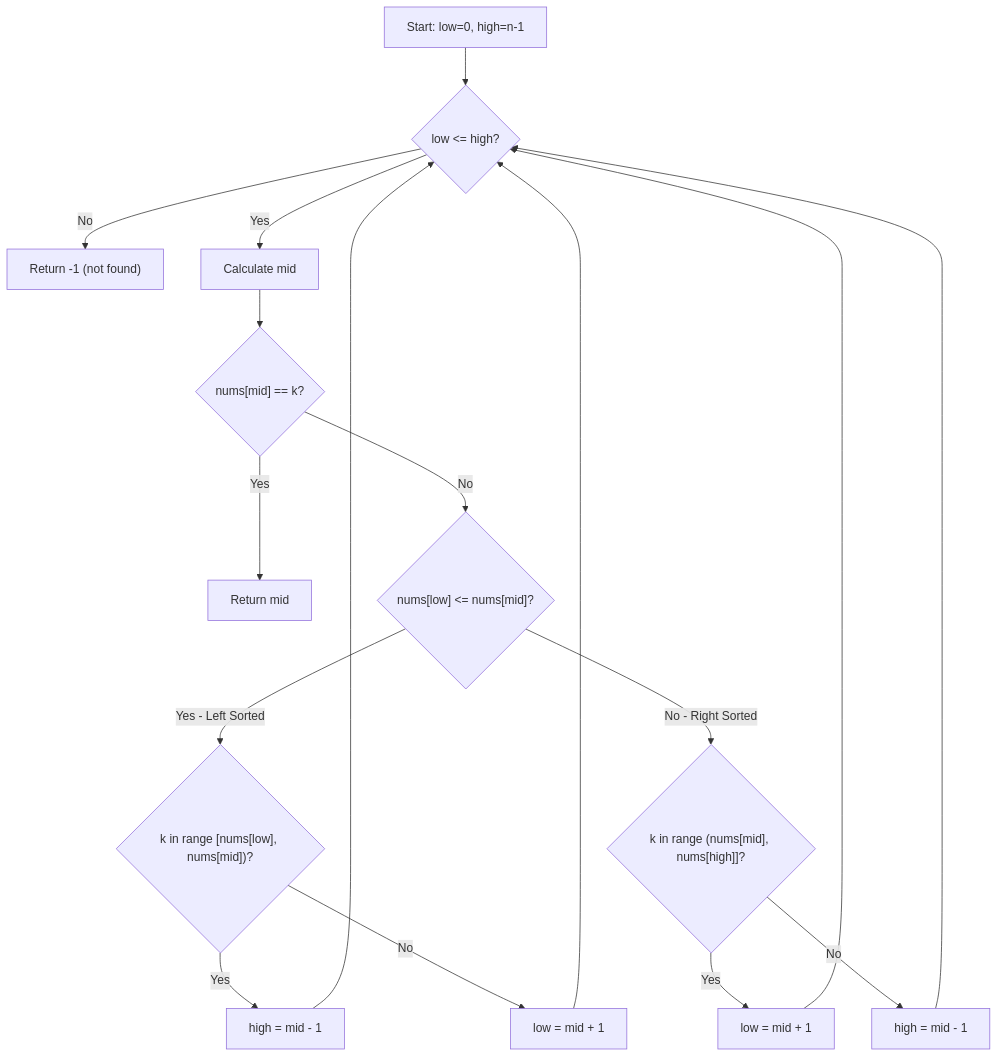
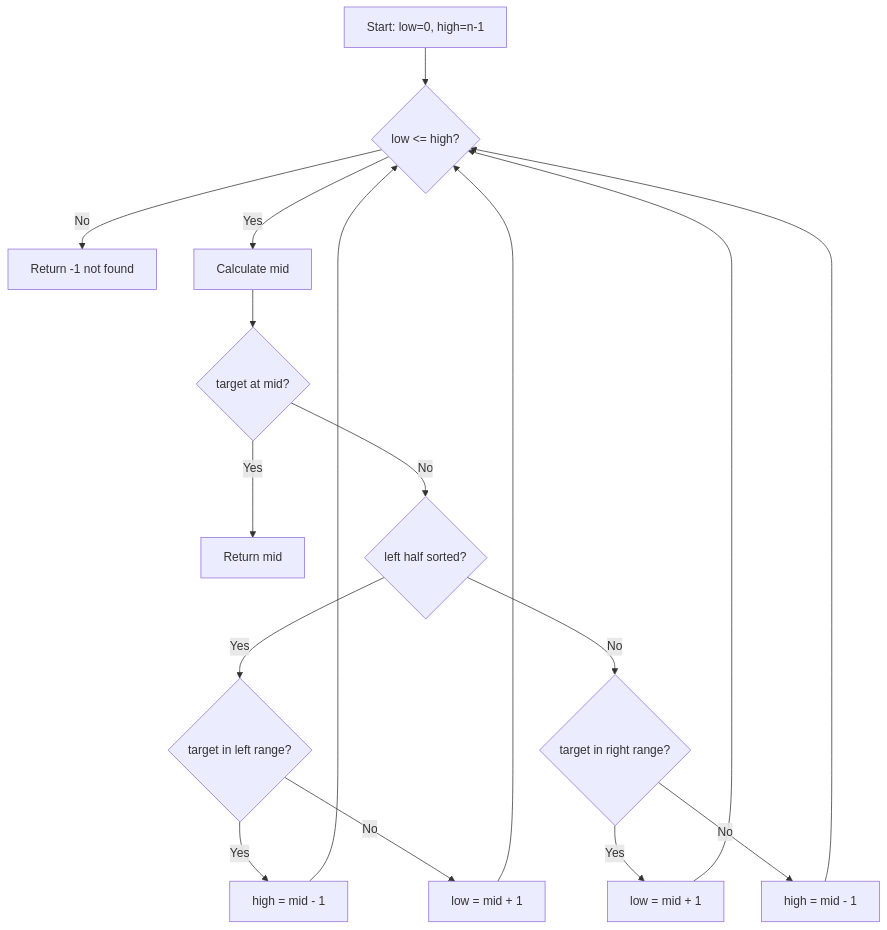
Diagram 11 of 14 in dsa/Advanced/04-Binary search/02-logic-building/logic-building-1.md (pentoshi007/tuf), drawn with Mermaid before and after one commit. The commit also changed other lines of this file and 1 other file, not shown here.

First line of the commit message:
Fix Mermaid diagram syntax for GitHub compatibility

````diff
--- a/dsa/Advanced/04-Binary search/02-logic-building/logic-building-1.md
+++ b/dsa/Advanced/04-Binary search/02-logic-building/logic-building-1.md
@@ -630,19 +632,19 @@
 ```mermaid
 flowchart TD
-    A["Start: low=0, high=n-1"] --> B{low <= high?}
-    B -->|No| Z["Return -1 (not found)"]
+    A["Start: low=0, high=n-1"] --> B{"low <= high?"}
+    B -->|No| Z["Return -1 not found"]
     B -->|Yes| C["Calculate mid"]
-    C --> D{"nums[mid] == k?"}
+    C --> D{"target at mid?"}
     D -->|Yes| Y["Return mid"]
-    D -->|No| E{"nums[low] <= nums[mid]?"}
-    E -->|Yes - Left Sorted| F{"k in range [nums[low], nums[mid])?"}
+    D -->|No| E{"left half sorted?"}
+    E -->|Yes| F{"target in left range?"}
     F -->|Yes| G["high = mid - 1"]
     F -->|No| H["low = mid + 1"]
-    E -->|No - Right Sorted| I{"k in range (nums[mid], nums[high]]?"}
+    E -->|No| I{"target in right range?"}
     I -->|Yes| J["low = mid + 1"]
     I -->|No| K["high = mid - 1"]
     G --> B
     H --> B
     J --> B
     K --> B
 ```
````
